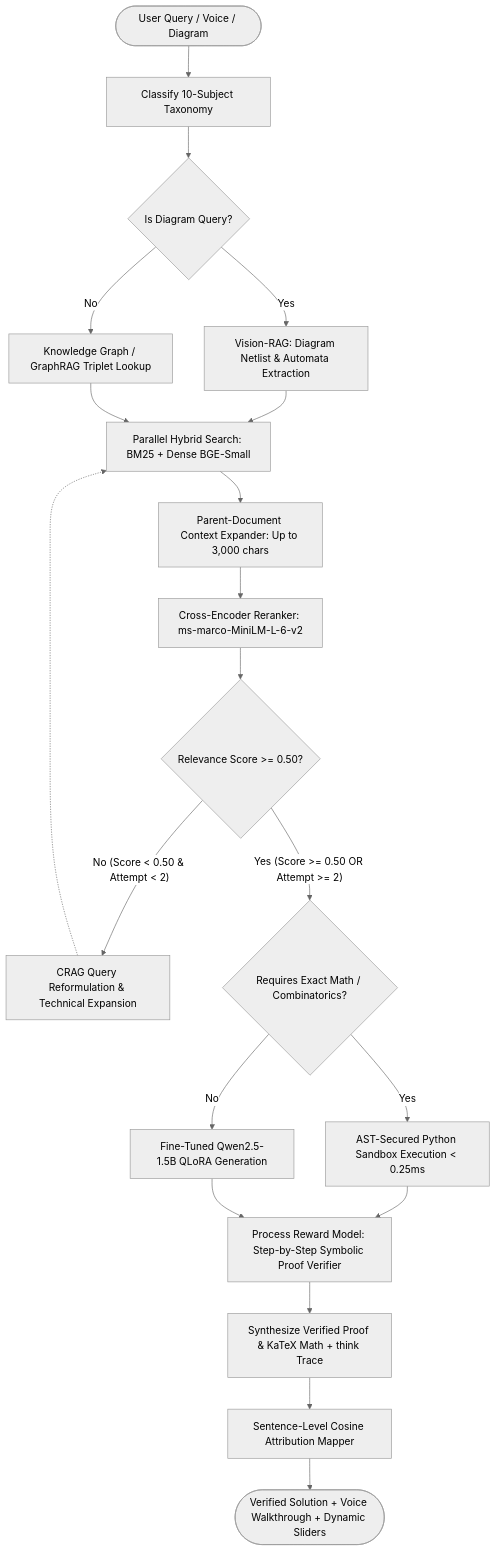
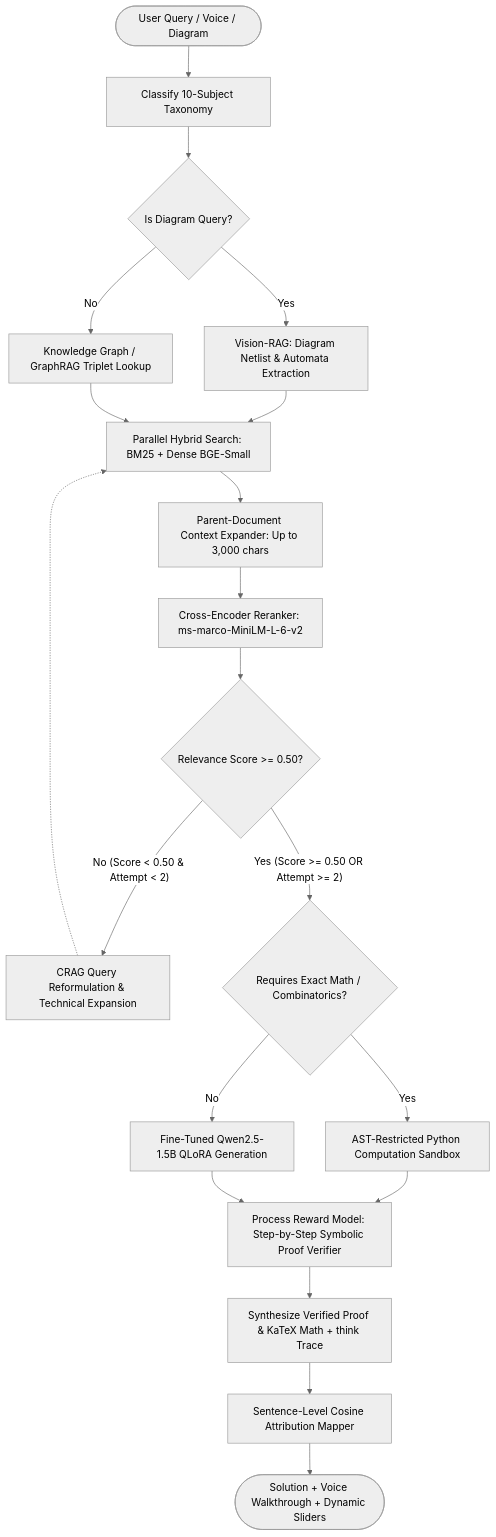
The diagram in README.md (piyush23-eng/CALYPSO-RAG), drawn with Mermaid (neutral theme) before and after one commit. The commit also changed other lines of this file and 5 other files, not shown here.

````diff
--- a/README.md
+++ b/README.md
@@ -75,28 +68,28 @@
 ```mermaid
 flowchart TD
     START([User Query / Voice / Diagram]) --> Classify[Classify 10-Subject Taxonomy]
     Classify --> MultiModal{Is Diagram Query?}
     MultiModal -- Yes --> VisionParser[Vision-RAG: Diagram Netlist & Automata Extraction]
     MultiModal -- No --> GraphRetrieval[Knowledge Graph / GraphRAG Triplet Lookup]
     
     VisionParser --> ParallelRetrieval
     GraphRetrieval --> ParallelRetrieval[Parallel Hybrid Search: BM25 + Dense BGE-Small]
     
     ParallelRetrieval --> ParentExpander[Parent-Document Context Expander: Up to 3,000 chars]
     ParentExpander --> Rerank[Cross-Encoder Reranker: ms-marco-MiniLM-L-6-v2]
     
     Rerank --> CRAG_Gate{Relevance Score >= 0.50?}
     CRAG_Gate -- "No (Score < 0.50 & Attempt < 2)" --> Reformulate[CRAG Query Reformulation & Technical Expansion]
     Reformulate -.-> ParallelRetrieval
     
     CRAG_Gate -- "Yes (Score >= 0.50 OR Attempt >= 2)" --> SandboxCheck{Requires Exact Math / Combinatorics?}
-    SandboxCheck -- Yes --> PythonSandbox[AST-Secured Python Sandbox Execution < 0.25ms]
+    SandboxCheck -- Yes --> PythonSandbox[AST-Restricted Python Computation Sandbox]
     SandboxCheck -- No --> QLoRAGeneration[Fine-Tuned Qwen2.5-1.5B QLoRA Generation]
     
     PythonSandbox --> PRMVerifier[Process Reward Model: Step-by-Step Symbolic Proof Verifier]
     QLoRAGeneration --> PRMVerifier
     
     PRMVerifier --> Synthesis[Synthesize Verified Proof & KaTeX Math + think Trace]
     Synthesis --> CitationMapper[Sentence-Level Cosine Attribution Mapper]
-    CitationMapper --> END([Verified Solution + Voice Walkthrough + Dynamic Sliders])
+    CitationMapper --> END([Solution + Voice Walkthrough + Dynamic Sliders])
 ```
````
